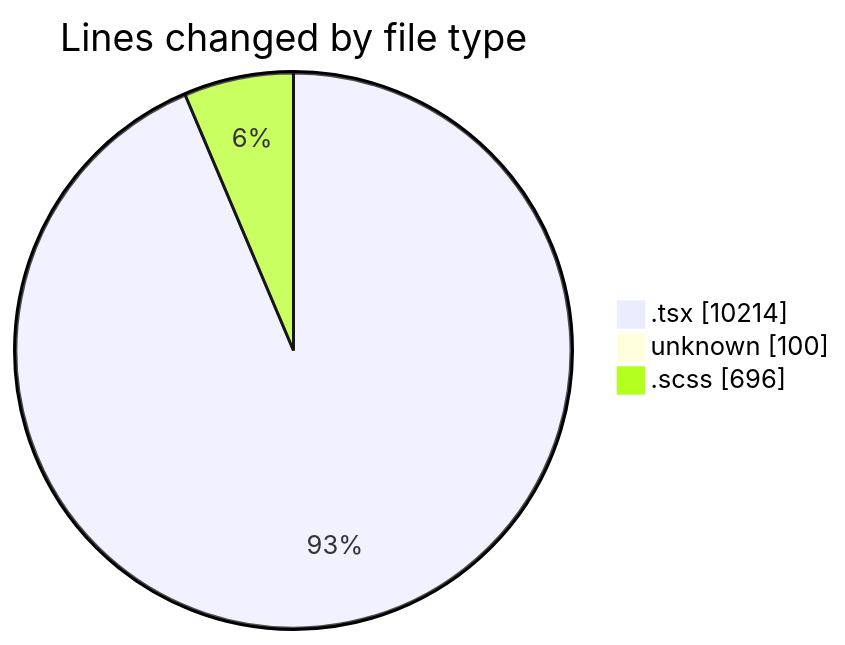
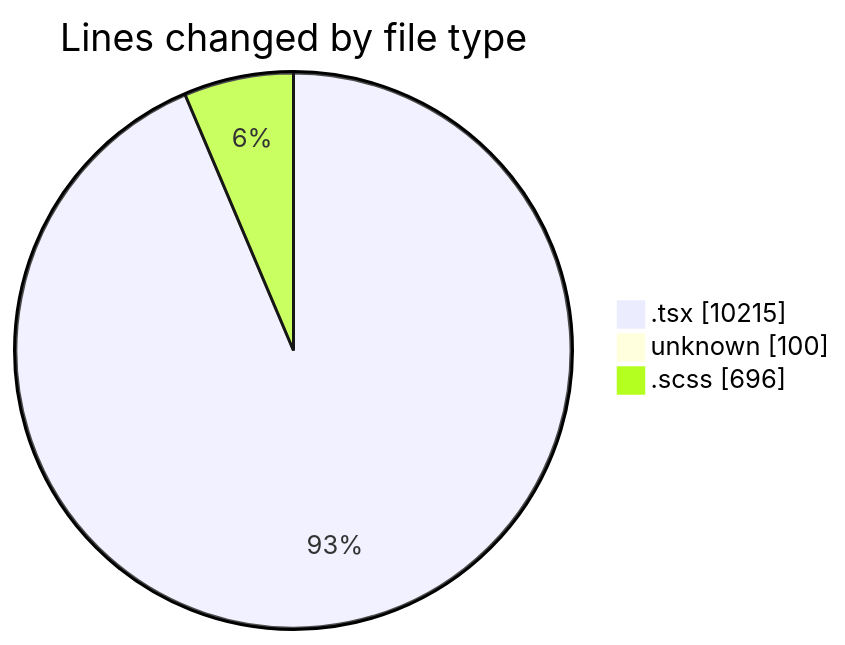
One commit to momahboobian/code-tracking changed the first of 2 diagrams in 2025-12-05/cda/README.md. Above: the diagram before and after it, drawn with Mermaid. The commit also changed other lines of this file and 1 other file, not shown here.

````diff
--- a/2025-12-05/cda/README.md
+++ b/2025-12-05/cda/README.md
@@ -38,7 +38,7 @@
 ```mermaid
 pie showData
 title Lines changed by file type
-".tsx" : 10214
+".tsx" : 10215
 "unknown" : 100
 ".scss" : 696
 ```
````
